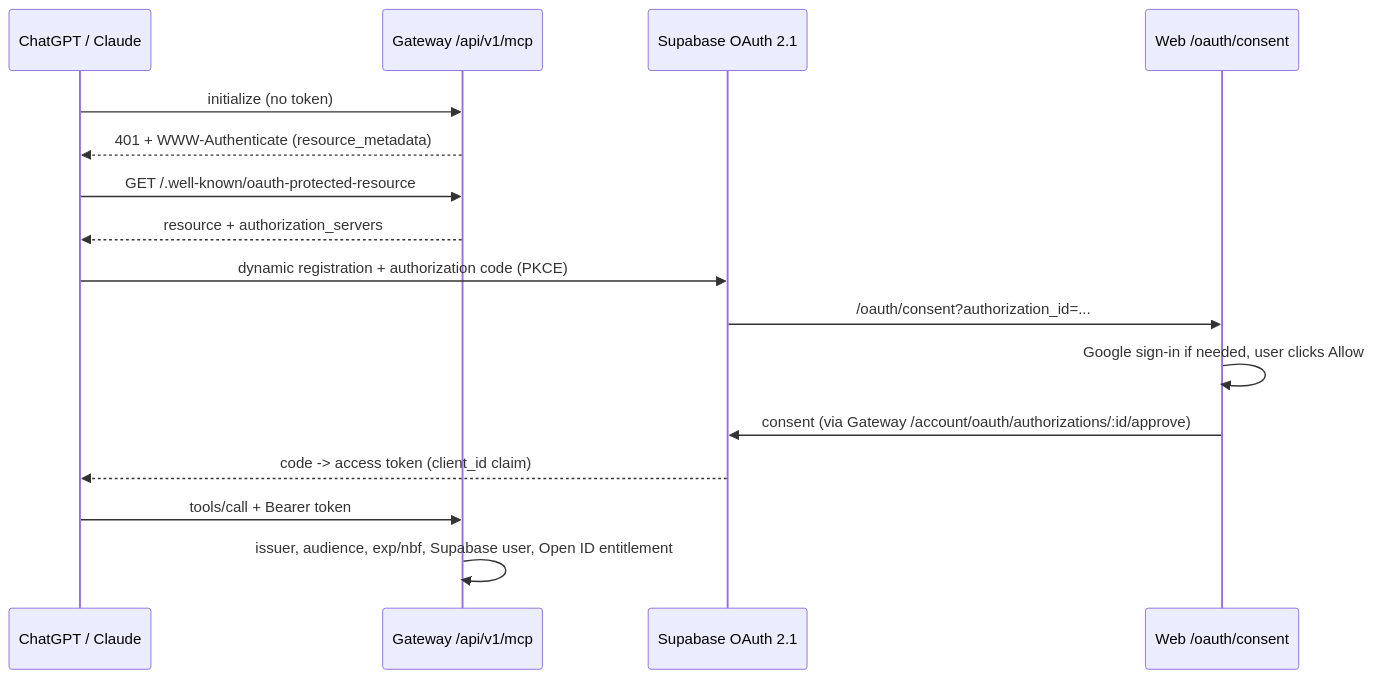
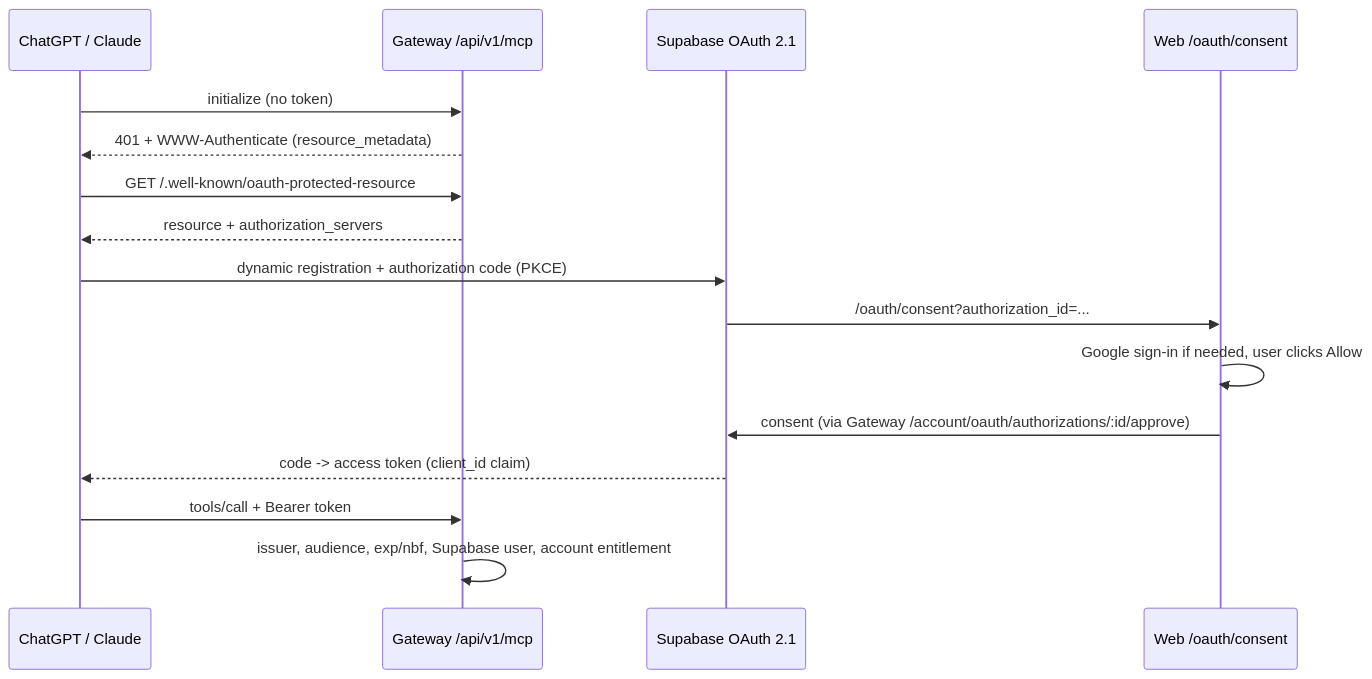
The diagram in docs/MCP_SERVER_SETUP.md (thanhtai-personal/GPTs-MCP-GATEWAY), drawn with Mermaid before and after one commit. The commit also changed other lines of this file and 7 other files, not shown here.

First line of the commit message:
fix(mcp-server): plugin access by account membership, not Open ID

````diff
--- a/docs/MCP_SERVER_SETUP.md
+++ b/docs/MCP_SERVER_SETUP.md
@@ -13,18 +13,18 @@
 ```mermaid
 sequenceDiagram
   participant C as ChatGPT / Claude
   participant M as Gateway /api/v1/mcp
   participant S as Supabase OAuth 2.1
   participant W as Web /oauth/consent
   C->>M: initialize (no token)
   M-->>C: 401 + WWW-Authenticate (resource_metadata)
   C->>M: GET /.well-known/oauth-protected-resource
   M-->>C: resource + authorization_servers
   C->>S: dynamic registration + authorization code (PKCE)
   S->>W: /oauth/consent?authorization_id=...
   W->>W: Google sign-in if needed, user clicks Allow
   W->>S: consent (via Gateway /account/oauth/authorizations/:id/approve)
   S-->>C: code -> access token (client_id claim)
   C->>M: tools/call + Bearer token
-  M->>M: issuer, audience, exp/nbf, Supabase user, Open ID entitlement
+  M->>M: issuer, audience, exp/nbf, Supabase user, account entitlement
 ```
````
